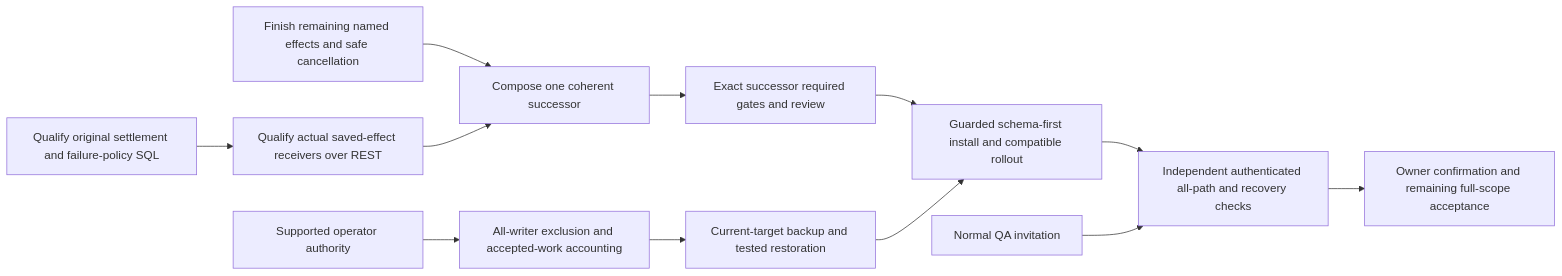
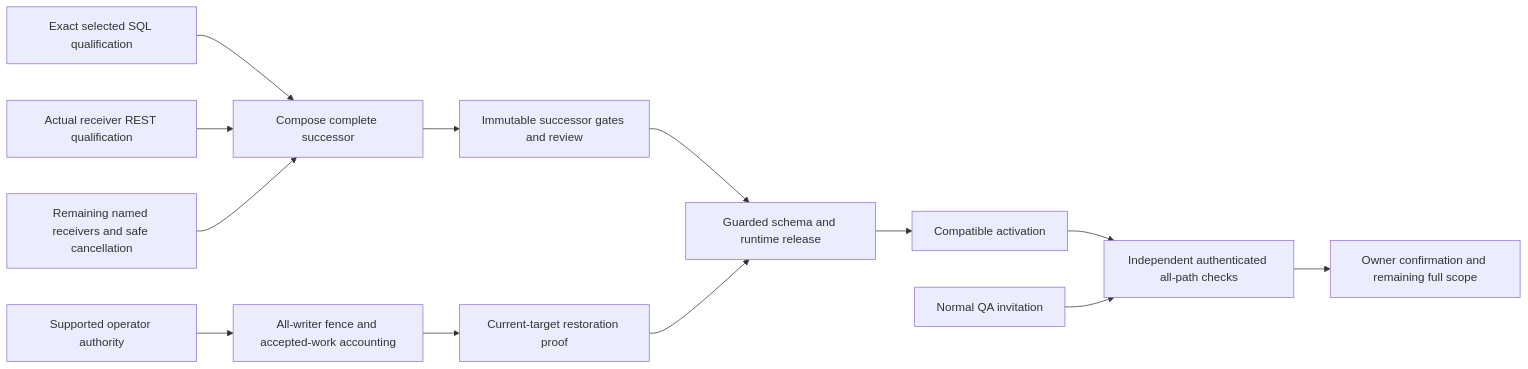
Before and after one commit to jtobkin/supraos-workflow-plan: the first of 4 diagrams in Delivery-Path-Release-Plan.md, drawn with Mermaid. The commit also changed other lines of this file and 2 other files, not shown here.

Commit message:
Resume verified workflow delivery and preserve recovered work

````diff
--- a/Delivery-Path-Release-Plan.md
+++ b/Delivery-Path-Release-Plan.md
@@ -119,14 +99,15 @@
 ```mermaid
 flowchart LR
-  SQL[Qualify original settlement and failure-policy SQL] --> RECEIVERS[Qualify actual saved-effect receivers over REST]
-  CODE[Finish remaining named effects and safe cancellation] --> COMPOSE[Compose one coherent successor]
-  RECEIVERS --> COMPOSE
-  COMPOSE --> CI[Exact successor required gates and review]
-  AUTHORITY[Supported operator authority] --> FENCE[All-writer exclusion and accepted-work accounting]
-  FENCE --> RECOVERY[Current-target backup and tested restoration]
-  CI --> INSTALL[Guarded schema-first install and compatible rollout]
-  RECOVERY --> INSTALL
-  INSTALL --> LIVE[Independent authenticated all-path and recovery checks]
+  SQL[Exact selected SQL qualification] --> JOIN[Compose complete successor]
+  REST[Actual receiver REST qualification] --> JOIN
+  CODE[Remaining named receivers and safe cancellation] --> JOIN
+  JOIN --> CI[Immutable successor gates and review]
+  AUTH[Supported operator authority] --> FENCE[All-writer fence and accepted-work accounting]
+  FENCE --> RESTORE[Current-target restoration proof]
+  CI --> RELEASE[Guarded schema and runtime release]
+  RESTORE --> RELEASE
+  RELEASE --> ACTIVATE[Compatible activation]
+  ACTIVATE --> LIVE[Independent authenticated all-path checks]
   INVITE[Normal QA invitation] --> LIVE
-  LIVE --> OWNER[Owner confirmation and remaining full-scope acceptance]
+  LIVE --> OWNER[Owner confirmation and remaining full scope]
 ```
````
